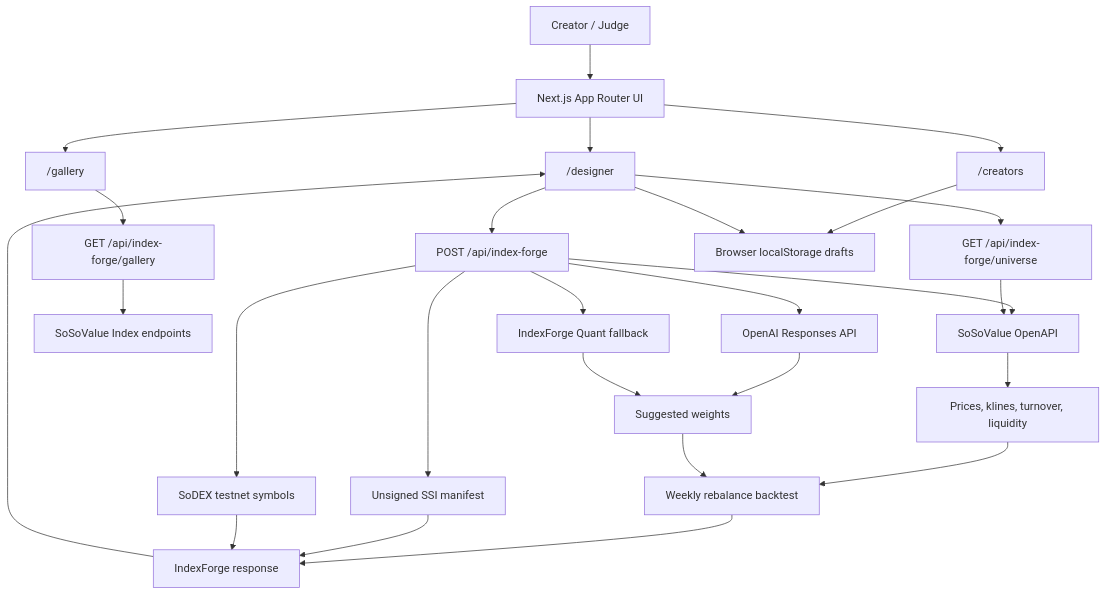
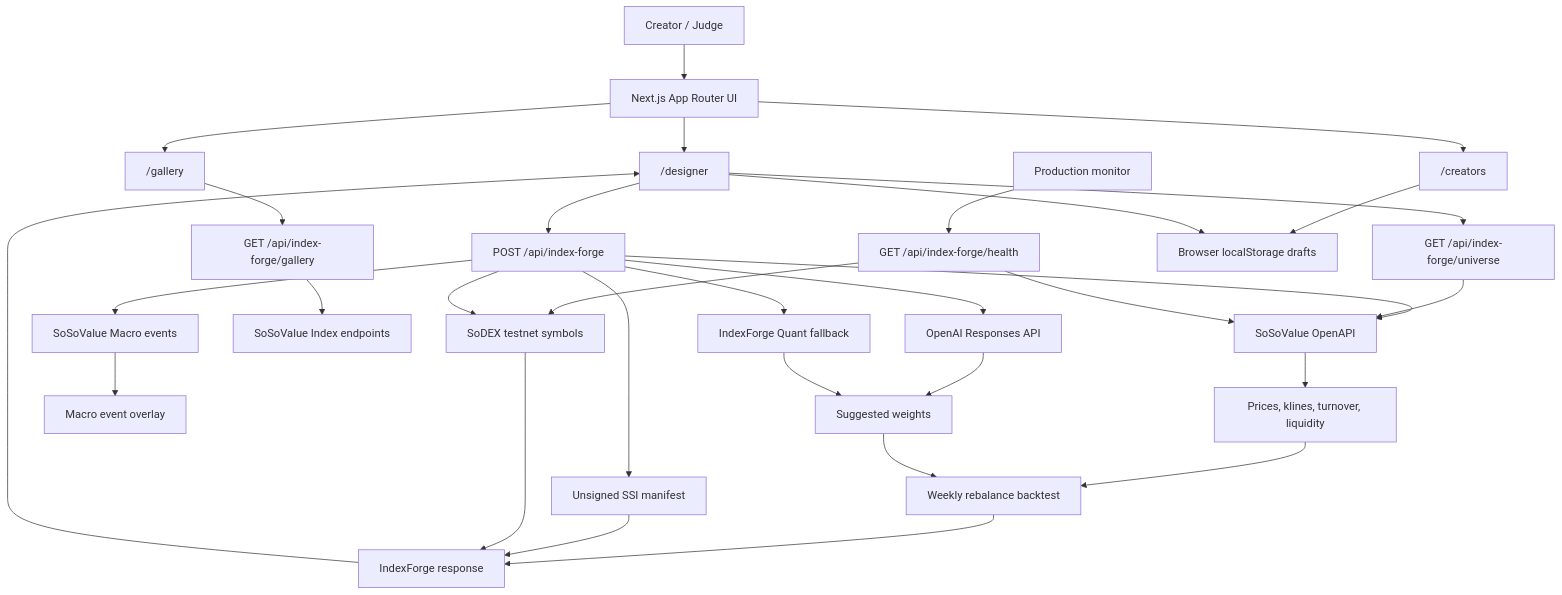
One commit to snenu/indexfordge changed the second of 2 diagrams in README.md. Above: the diagram before and after it, drawn with Mermaid. The commit also changed other lines of this file and 27 other files, not shown here.

````diff
--- a/README.md
+++ b/README.md
@@ -56,32 +59,37 @@
 ```mermaid
 flowchart TB
   User["Creator / Judge"] --> UI["Next.js App Router UI"]
+  Ops["Production monitor"] --> HealthAPI["GET /api/index-forge/health"]
 
   UI --> Designer["/designer"]
   UI --> Gallery["/gallery"]
   UI --> Creators["/creators"]
 
   Designer --> ComposerAPI["POST /api/index-forge"]
   Designer --> UniverseAPI["GET /api/index-forge/universe"]
   Gallery --> GalleryAPI["GET /api/index-forge/gallery"]
   Creators --> LocalDrafts["Browser localStorage drafts"]
   Designer --> LocalDrafts
 
   ComposerAPI --> SoSoValue["SoSoValue OpenAPI"]
   UniverseAPI --> SoSoValue
+  HealthAPI --> SoSoValue
+  HealthAPI --> SoDEX
   GalleryAPI --> SoSoValueIndexes["SoSoValue Index endpoints"]
+  ComposerAPI --> Macro["SoSoValue Macro events"]
   ComposerAPI --> OpenAI["OpenAI Responses API"]
   ComposerAPI --> Quant["IndexForge Quant fallback"]
   ComposerAPI --> SSI["Unsigned SSI manifest"]
   ComposerAPI --> SoDEX["SoDEX testnet symbols"]
 
   SoSoValue --> Metrics["Prices, klines, turnover, liquidity"]
   Metrics --> Backtest["Weekly rebalance backtest"]
+  Macro --> Validation["Macro event overlay"]
   OpenAI --> Weights["Suggested weights"]
   Quant --> Weights
   Weights --> Backtest
   Backtest --> Response["IndexForge response"]
   SSI --> Response
   SoDEX --> Response
   Response --> Designer
 ```
````
